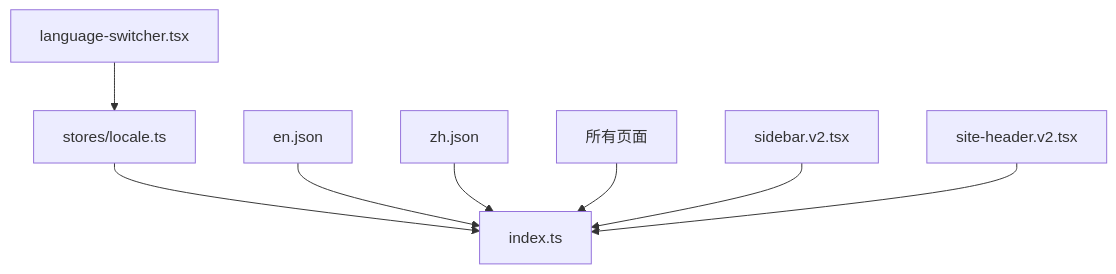
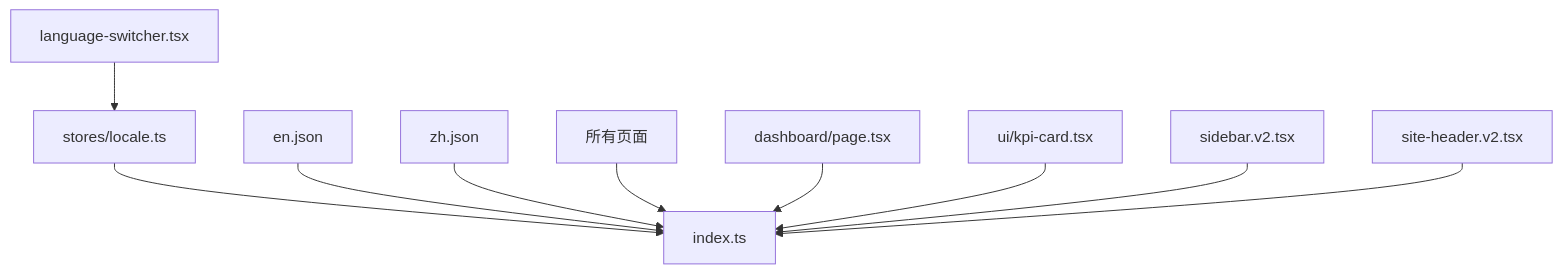
One commit to Zekiwest/sub2api-web changed the diagram in src/lib/i18n/_dir.md. Above: the diagram before and after it, drawn with Mermaid. The commit also changed other lines of this file and 25 other files, not shown here.

First line of the commit message:
feat(dashboard): Add Tremor-style KPI cards and charts

````diff
--- a/src/lib/i18n/_dir.md
+++ b/src/lib/i18n/_dir.md
@@ -48,11 +52,13 @@
 ```mermaid
 graph TD
     LS[stores/locale.ts] --> I[index.ts]
     EN[en.json] --> I
     ZH[zh.json] --> I
     
     PAGES[所有页面] --> I
+    DASH[dashboard/page.tsx] --> I
+    KPI[ui/kpi-card.tsx] --> I
     SIDEBAR[sidebar.v2.tsx] --> I
     HEADER[site-header.v2.tsx] --> I
     SWITCH[language-switcher.tsx] --> LS
 ```
````
